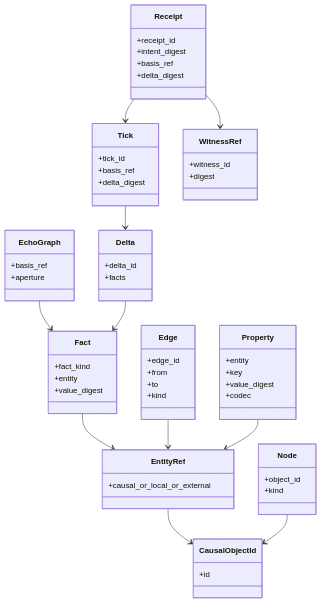
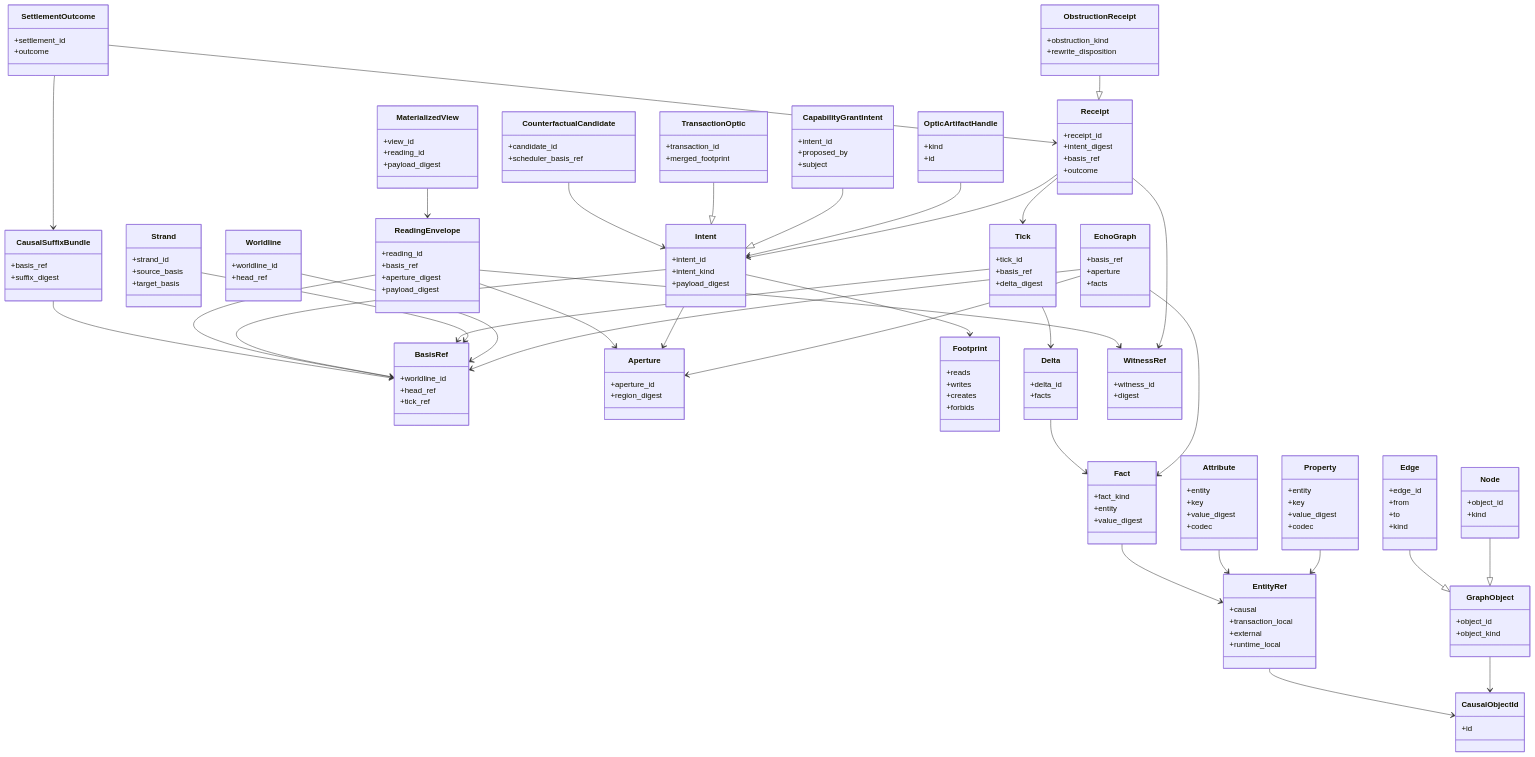
One commit to flyingrobots/echo changed the fourth of 5 diagrams in docs/design/built-in-echo-graph-data-model.md. Above: the diagram before and after it, drawn with Mermaid. The commit also changed other lines of this file and 1 other file, not shown here.

Commit message:
docs(core): expand Echo graph model coverage

````diff
--- a/docs/design/built-in-echo-graph-data-model.md
+++ b/docs/design/built-in-echo-graph-data-model.md
@@ -299,6 +490,12 @@
   class EchoGraph {
     +basis_ref
     +aperture
+    +facts
+  }
+
+  class GraphObject {
+    +object_id
+    +object_kind
   }
 
   class CausalObjectId {
@@ -306,7 +503,10 @@
   }
 
   class EntityRef {
-    +causal_or_local_or_external
+    +causal
+    +transaction_local
+    +external
+    +runtime_local
   }
 
   class Node {
@@ -328,15 +528,46 @@
     +codec
   }
 
-  class Fact {
-    +fact_kind
+  class Attribute {
     +entity
+    +key
     +value_digest
+    +codec
   }
 
-  class Delta {
-    +delta_id
-    +facts
+  class Worldline {
+    +worldline_id
+    +head_ref
+  }
+
+  class Strand {
+    +strand_id
+    +source_basis
+    +target_basis
+  }
+
+  class BasisRef {
+    +worldline_id
+    +head_ref
+    +tick_ref
+  }
+
+  class Aperture {
+    +aperture_id
+    +region_digest
+  }
+
+  class Footprint {
+    +reads
+    +writes
+    +creates
+    +forbids
+  }
+
+  class Intent {
+    +intent_id
+    +intent_kind
+    +payload_digest
   }
 
   class Tick {
@@ -345,11 +576,27 @@
     +delta_digest
   }
 
+  class Delta {
+    +delta_id
+    +facts
+  }
+
+  class Fact {
+    +fact_kind
+    +entity
+    +value_digest
+  }
+
   class Receipt {
     +receipt_id
     +intent_digest
     +basis_ref
-    +delta_digest
+    +outcome
+  }
+
+  class ObstructionReceipt {
+    +obstruction_kind
+    +rewrite_disposition
   }
 
   class WitnessRef {
@@ -357,14 +604,81 @@
     +digest
   }
 
+  class OpticArtifactHandle {
+    +kind
+    +id
+  }
+
+  class CapabilityGrantIntent {
+    +intent_id
+    +proposed_by
+    +subject
+  }
+
+  class TransactionOptic {
+    +transaction_id
+    +merged_footprint
+  }
+
+  class CounterfactualCandidate {
+    +candidate_id
+    +scheduler_basis_ref
+  }
+
+  class ReadingEnvelope {
+    +reading_id
+    +basis_ref
+    +aperture_digest
+    +payload_digest
+  }
+
+  class MaterializedView {
+    +view_id
+    +reading_id
+    +payload_digest
+  }
+
+  class CausalSuffixBundle {
+    +basis_ref
+    +suffix_digest
+  }
+
+  class SettlementOutcome {
+    +settlement_id
+    +outcome
+  }
+
   EchoGraph --> Fact
+  EchoGraph --> BasisRef
+  EchoGraph --> Aperture
+  GraphObject --> CausalObjectId
+  Node --|> GraphObject
+  Edge --|> GraphObject
+  Property --> EntityRef
+  Attribute --> EntityRef
+  EntityRef --> CausalObjectId
+  Worldline --> BasisRef
+  Strand --> BasisRef
+  Tick --> BasisRef
+  Tick --> Delta
+  Delta --> Fact
   Fact --> EntityRef
-  EntityRef --> CausalObjectId
-  Node --> CausalObjectId
-  Edge --> EntityRef
-  Property --> EntityRef
-  Delta --> Fact
-  Tick --> Delta
+  Intent --> Footprint
+  Intent --> Aperture
+  Intent --> BasisRef
+  Receipt --> Intent
   Receipt --> Tick
   Receipt --> WitnessRef
+  ObstructionReceipt --|> Receipt
+  OpticArtifactHandle --> Intent
+  CapabilityGrantIntent --|> Intent
+  TransactionOptic --|> Intent
+  CounterfactualCandidate --> Intent
+  ReadingEnvelope --> BasisRef
+  ReadingEnvelope --> Aperture
+  ReadingEnvelope --> WitnessRef
+  MaterializedView --> ReadingEnvelope
+  CausalSuffixBundle --> BasisRef
+  SettlementOutcome --> CausalSuffixBundle
+  SettlementOutcome --> Receipt
 ```
````
